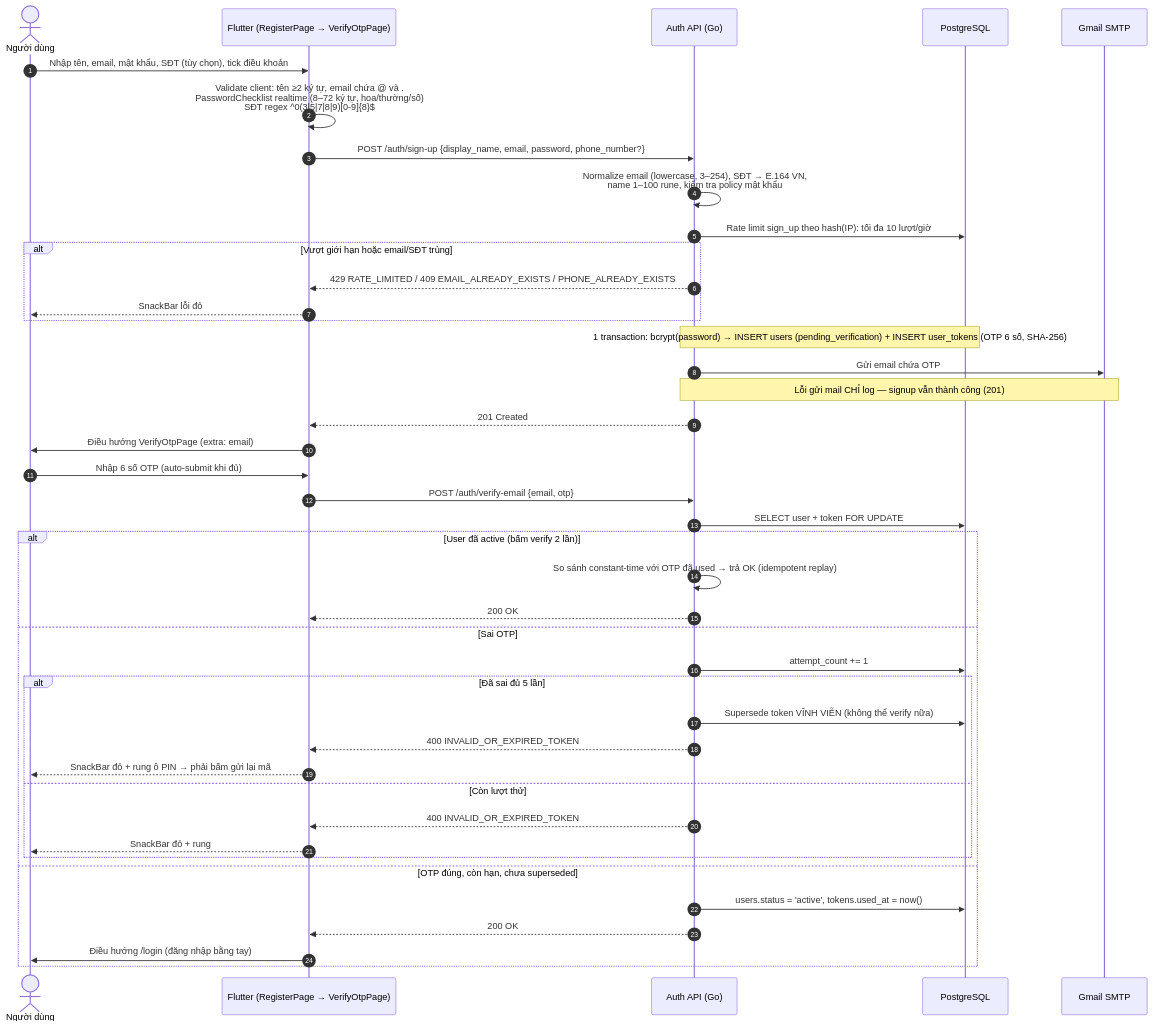
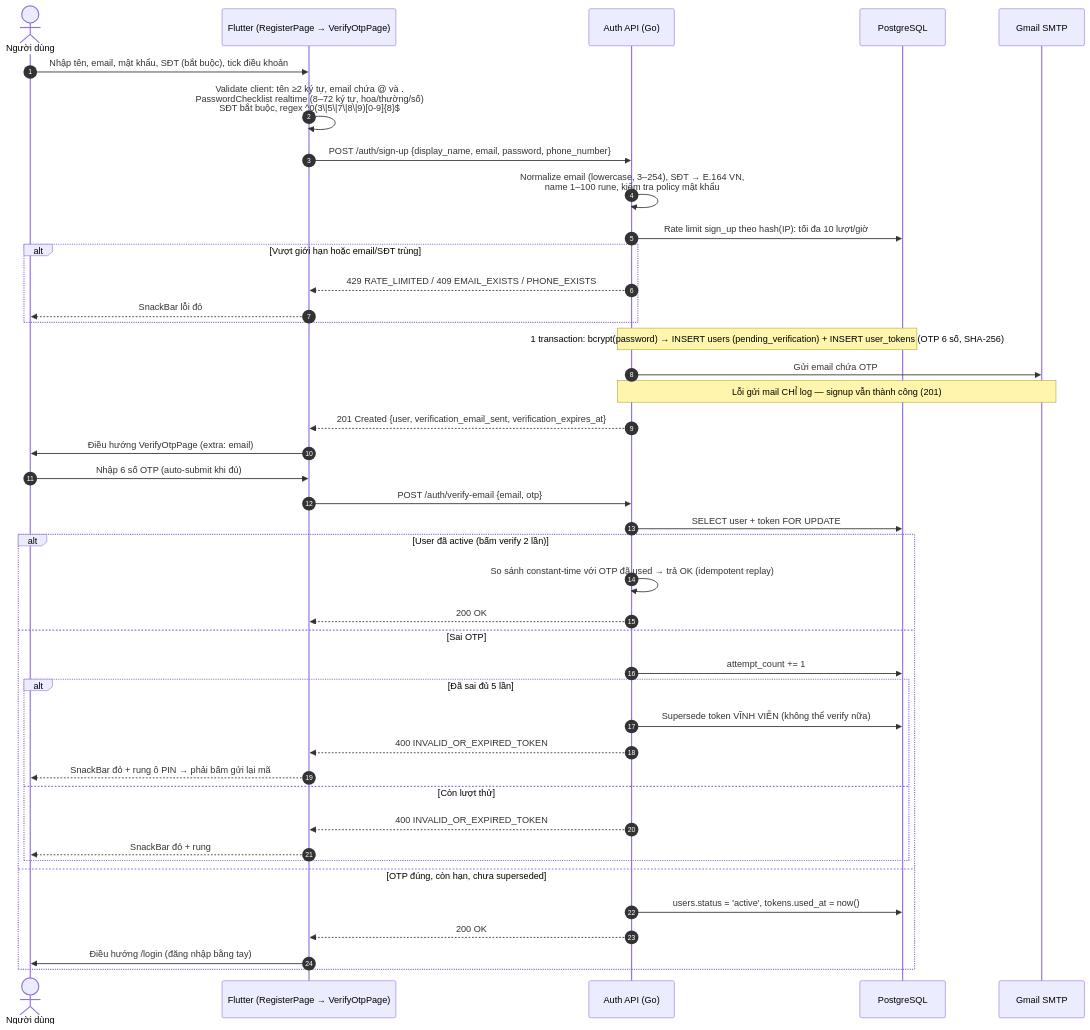
Before and after one commit to FintechVSF-Tranning/PaySplit-RP: the first of 9 diagrams in flow/01-auth.md, drawn with Mermaid. The commit also changed other lines of this file and 3 other files, not shown here.

````diff
--- a/flow/01-auth.md
+++ b/flow/01-auth.md
@@ -57,46 +68,46 @@
 ```mermaid
 sequenceDiagram
     autonumber
     actor U as Người dùng
     participant FE as Flutter (RegisterPage → VerifyOtpPage)
     participant BE as Auth API (Go)
     participant DB as PostgreSQL
     participant Mail as Gmail SMTP
 
-    U->>FE: Nhập tên, email, mật khẩu, SĐT (tùy chọn), tick điều khoản
-    FE->>FE: Validate client: tên ≥2 ký tự, email chứa @ và .<br/>PasswordChecklist realtime (8–72 ký tự, hoa/thường/số)<br/>SĐT regex ^0(3|5|7|8|9)[0-9]{8}$
-    FE->>BE: POST /auth/sign-up {display_name, email, password, phone_number?}
+    U->>FE: Nhập tên, email, mật khẩu, SĐT (bắt buộc), tick điều khoản
+    FE->>FE: Validate client: tên ≥2 ký tự, email chứa @ và .<br/>PasswordChecklist realtime (8–72 ký tự, hoa/thường/số)<br/>SĐT bắt buộc, regex ^0(3\|5\|7\|8\|9)[0-9]{8}$
+    FE->>BE: POST /auth/sign-up {display_name, email, password, phone_number}
     BE->>BE: Normalize email (lowercase, 3–254), SĐT → E.164 VN,<br/>name 1–100 rune, kiểm tra policy mật khẩu
     BE->>DB: Rate limit sign_up theo hash(IP): tối đa 10 lượt/giờ
     alt Vượt giới hạn hoặc email/SĐT trùng
-        BE-->>FE: 429 RATE_LIMITED / 409 EMAIL_ALREADY_EXISTS / PHONE_ALREADY_EXISTS
+        BE-->>FE: 429 RATE_LIMITED / 409 EMAIL_EXISTS / PHONE_EXISTS
         FE-->>U: SnackBar lỗi đỏ
     end
     Note over BE,DB: 1 transaction: bcrypt(password) → INSERT users (pending_verification) + INSERT user_tokens (OTP 6 số, SHA-256)
     BE->>Mail: Gửi email chứa OTP
     Note over BE,Mail: Lỗi gửi mail CHỈ log — signup vẫn thành công (201)
-    BE-->>FE: 201 Created
+    BE-->>FE: 201 Created {user, verification_email_sent, verification_expires_at}
     FE->>U: Điều hướng VerifyOtpPage (extra: email)
 
     U->>FE: Nhập 6 số OTP (auto-submit khi đủ)
     FE->>BE: POST /auth/verify-email {email, otp}
     BE->>DB: SELECT user + token FOR UPDATE
     alt User đã active (bấm verify 2 lần)
         BE->>BE: So sánh constant-time với OTP đã used → trả OK (idempotent replay)
         BE-->>FE: 200 OK
     else Sai OTP
         BE->>DB: attempt_count += 1
         alt Đã sai đủ 5 lần
             BE->>DB: Supersede token VĨNH VIỄN (không thể verify nữa)
             BE-->>FE: 400 INVALID_OR_EXPIRED_TOKEN
             FE-->>U: SnackBar đỏ + rung ô PIN → phải bấm gửi lại mã
         else Còn lượt thử
             BE-->>FE: 400 INVALID_OR_EXPIRED_TOKEN
             FE-->>U: SnackBar đỏ + rung
         end
     else OTP đúng, còn hạn, chưa superseded
         BE->>DB: users.status = 'active', tokens.used_at = now()
         BE-->>FE: 200 OK
         FE->>U: Điều hướng /login (đăng nhập bằng tay)
     end
 ```
````
